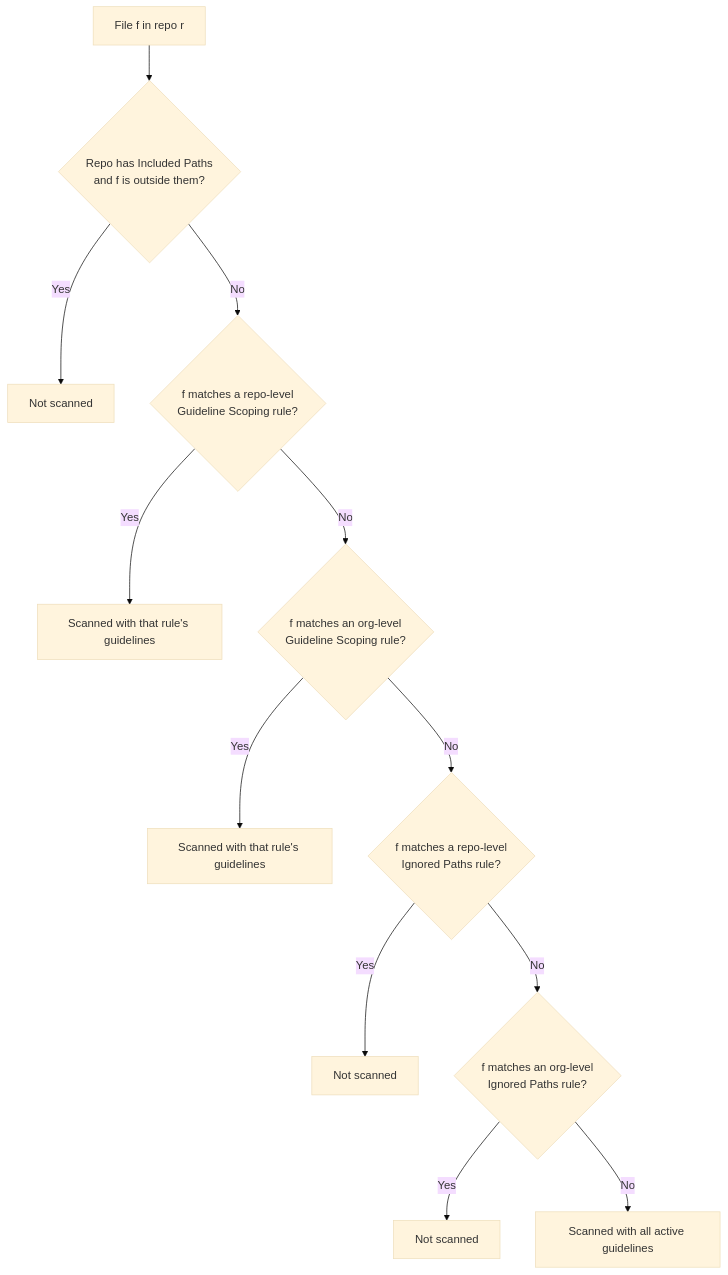
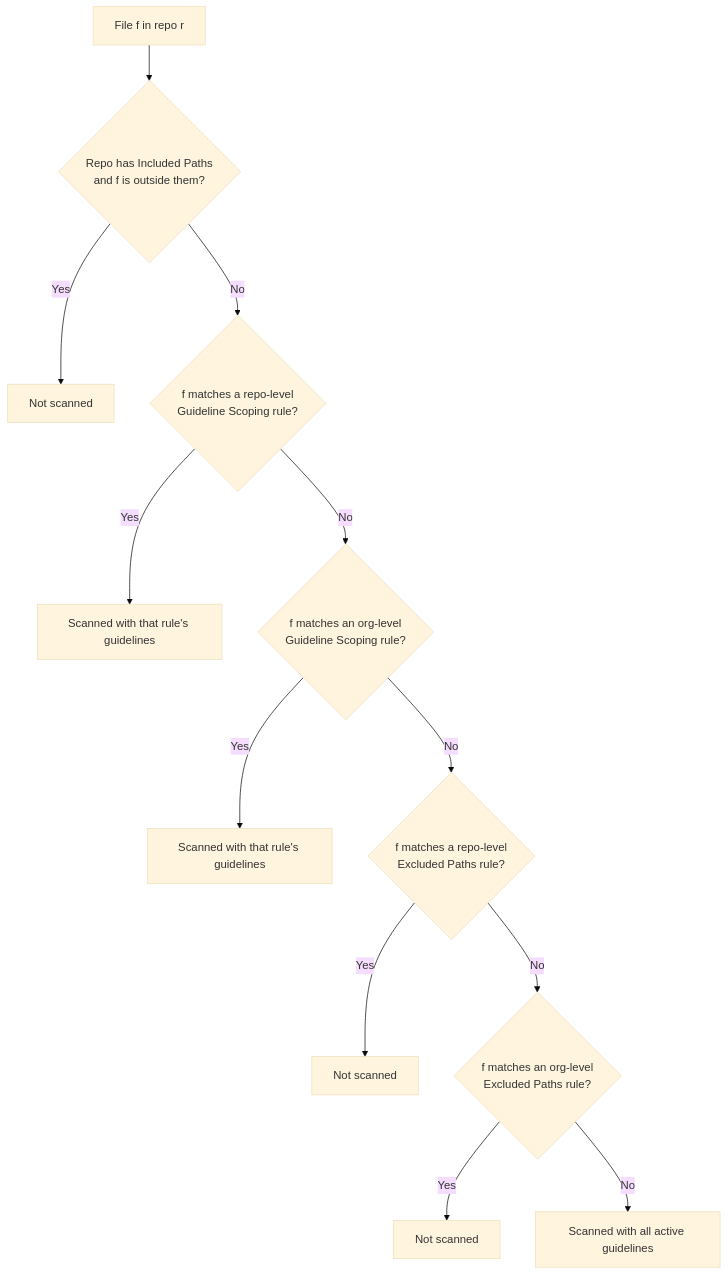
The diagram in essentials/pandorian-guides.mdx (Daniel-Avital/docs), drawn with Mermaid (base theme) before and after one commit. The commit also changed other lines of this file, not shown here.

````diff
--- a/essentials/pandorian-guides.mdx
+++ b/essentials/pandorian-guides.mdx
@@ -225,14 +225,14 @@
 ```mermaid
 flowchart TD
     A[File f in repo r] --> B{Repo has Included Paths<br/>and f is outside them?}
     B -->|Yes| B1[Not scanned]
     B -->|No| C{f matches a repo-level<br/>Guideline Scoping rule?}
     C -->|Yes| C1[Scanned with that rule's guidelines]
     C -->|No| D{f matches an org-level<br/>Guideline Scoping rule?}
     D -->|Yes| D1[Scanned with that rule's guidelines]
-    D -->|No| E{f matches a repo-level<br/>Ignored Paths rule?}
+    D -->|No| E{f matches a repo-level<br/>Excluded Paths rule?}
     E -->|Yes| E1[Not scanned]
-    E -->|No| F{f matches an org-level<br/>Ignored Paths rule?}
+    E -->|No| F{f matches an org-level<br/>Excluded Paths rule?}
     F -->|Yes| F1[Not scanned]
     F -->|No| G[Scanned with all active guidelines]
 ```
````
